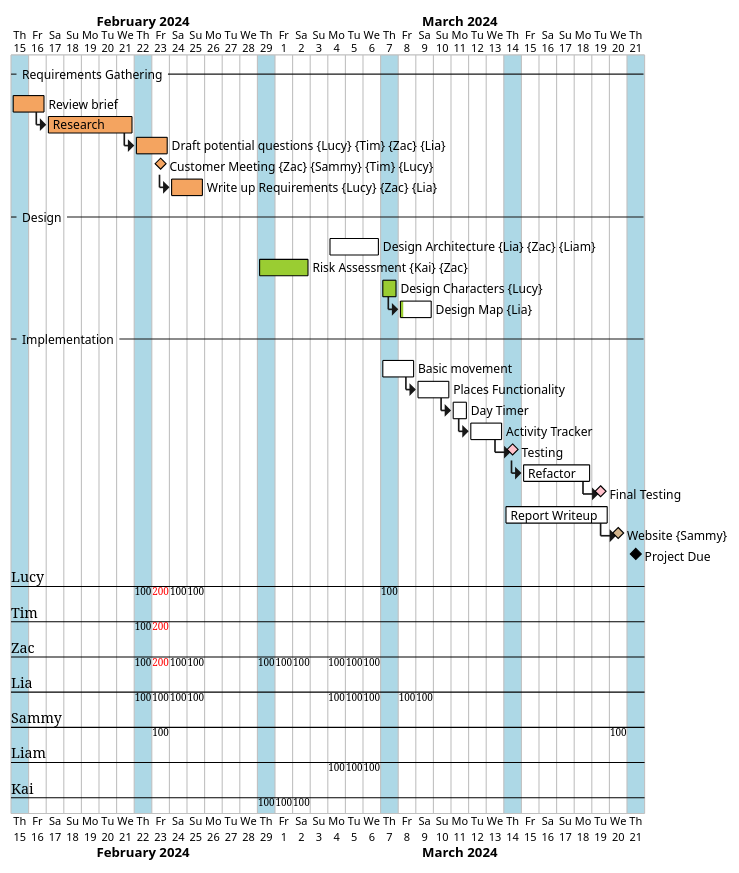
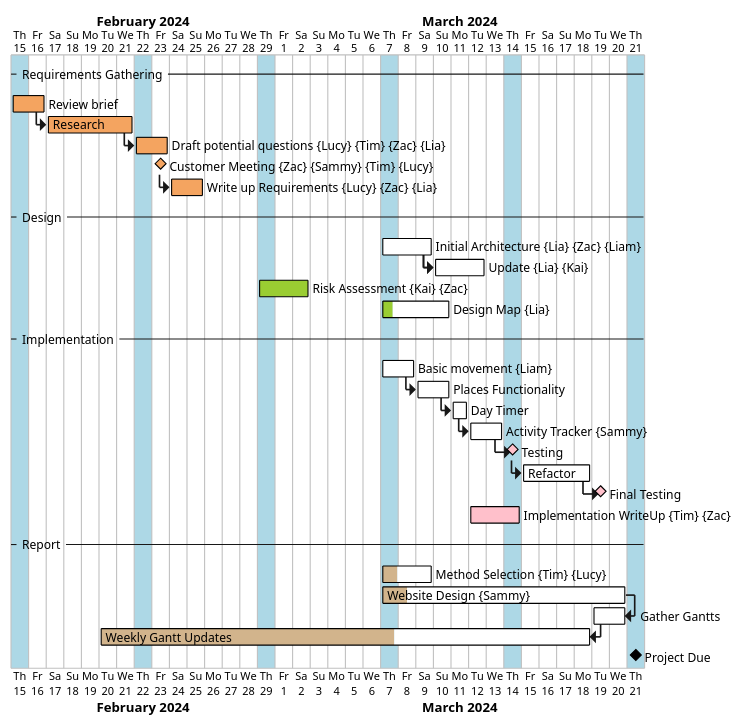
Before and after one commit to TheRealEmissions/uoy-eng1: the diagram in gannt.puml, drawn with PlantUML.

Commit message:
refacted gantt

```diff
--- a/gannt.puml
+++ b/gannt.puml
@@ -1,50 +1,60 @@
 @startgantt
 Project starts 2024-02-15
+hide resources footbox
 
 ' Days of Practicals
 2024-02-15 is colored in lightblue
 2024-02-22 is colored in lightblue
 2024-02-29 is colored in lightblue
 2024-03-07 is colored in lightblue
 2024-03-14 is colored in lightblue
 2024-03-21 is colored in lightblue
 
 --Requirements Gathering--
 [Review brief] requires 2 days and is colored in sandybrown/black
 then [Research] requires 5 days and is colored in sandybrown/black
 then [Draft potential questions] on {Lucy}{Tim}{Zac}{Lia} requires 5 days and is colored in sandybrown/black
 
 [Customer Meeting] on {Zac}{Sammy}{Tim}{Lucy} happens at [Draft potential questions]'s end and is colored in sandybrown/black
 then [Write up Requirements] on {Lucy}{Zac}{Lia} requires 5 days and is colored in sandybrown/black
 [Write up Requirements] is 100% complete
 
 --Design--
-[Design Architecture] on {Lia}{Zac}{Liam} starts at 2024-03-04 and requires 7 days and is colored in yellowgreen/black
-[Design Architecture] is 0% complete
+[Initial Architecture] on {Lia}{Zac}{Liam} starts at 2024-03-07 and requires 7 days and is colored in yellowgreen/black
+[Initial Architecture] is 0% complete
+then [Update] on {Lia}{Kai} starts at [Initial Architecture]'s end and requires 5 days and is colored in yellowgreen/black
+[Update] is 0% complete
 [Risk Assessment]  on {Kai}{Zac} starts at 2024-02-29 and requires 5 days and is colored in yellowgreen/black
 [Risk Assessment] is 100% complete
-[Design Characters] starts at 2024-03-07 and requires 1 day and is colored in yellowgreen/black
-[Design Characters] on {Lucy} is 100% complete
-then [Design Map] on {Lia} requires 2 days and is colored in yellowgreen/black
-[Design Map] is 10% complete
+[Design Map] on {Lia} starts at 2024-03-07 and requires 4 days and is colored in yellowgreen/black
+[Design Map] is 15% complete
+
 
 --Implementation--
-[Basic movement] requires 2 days and starts at 2024-03-07 and is colored in pink/black
+[Basic movement] on {Liam} requires 2 days and starts at 2024-03-07 and is colored in pink/black
 [Basic movement] is 0% complete
 then [Places Functionality] requires 2 days and is colored in pink/black
 [Places Functionality] is 0% complete
 then [Day Timer] requires 1 day and is colored in pink/black
 [Day Timer] is 0% complete
-then [Activity Tracker] requires 2 days and is colored in pink/black
+then [Activity Tracker] on {Sammy} requires 2 days and is colored in pink/black
 [Activity Tracker] is 0% complete
 then [Testing] happens at [Activity Tracker]'s end and is colored in pink/black
 then [Refactor] requires 4 days and is colored in pink/black
 [Refactor] is 0% complete
 then [Final Testing] happens at [Refactor]'s end and is colored in pink/black
 [Final Testing] is 0% complete
+[Implementation WriteUp] on {Tim}{Zac} starts at 2024-03-12 and requires 5 days and is colored in pink/black
 
-[Report Writeup] requires 6 days and starts at 2024-03-14 and is colored in tan/black
-[Report Writeup] is 0% complete
-then [Website] on {Sammy} happens at [Report Writeup]'s end and is colored in tan/black
+--Report--
+[Method Selection] on {Tim}{Lucy} starts at 2024-03-07 and requires 5 days and is colored in tan/black
+[Method Selection] is 30% complete
+[Website Design] on {Sammy} starts at 2024-03-07 and requires 14 days and is colored in tan/black
+[Website Design] is 10% complete
+[Gather Gantts] ends at [Website Design]'s end and requires 2 days and is colored in tan/black
+[Gather Gantts] is 0% complete
+[Weekly Gantt Updates] ends at [Gather Gantts]'s start and requires 4 weeks and is colored in tan/black
+[Weekly Gantt Updates] is 60% complete
 [Project Due] happens at 2024-03-21
+
 @endgantt
```
